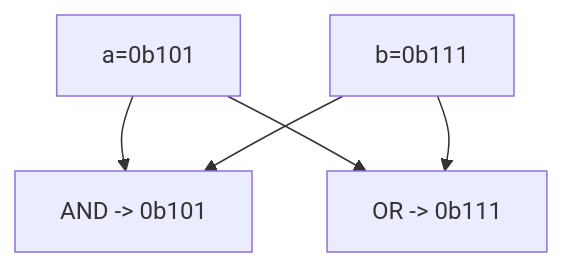
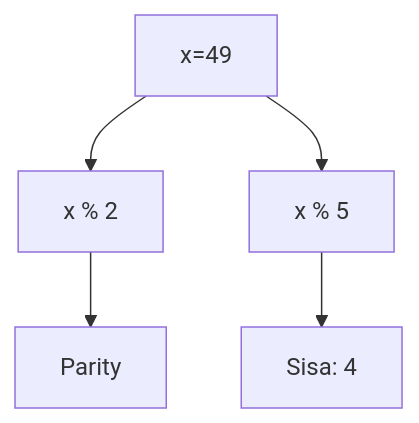
Before and after one commit to amnahwaida/OSNK_INF_PREP: the first of 25 diagrams in part-c-pemahaman-cpp/06-bitwise/latihan/set-05.md, drawn with Mermaid. The commit also changed other lines of this file and 71 other files, not shown here.

````diff
--- a/part-c-pemahaman-cpp/06-bitwise/latihan/set-05.md
+++ b/part-c-pemahaman-cpp/06-bitwise/latihan/set-05.md
@@ -25,7 +23,7 @@
 ```mermaid
 graph TD
-    A["a=0b101"] --> C["AND -> 0b101"]
-    B["b=0b111"] --> C
-    A --> D["OR  -> 0b111"]
-    B --> D
+A[x=49] --> B[x % 2]
+B --> C[Parity]
+A --> D[x % 5]
+D --> E[Sisa: 4]
 ```
````
